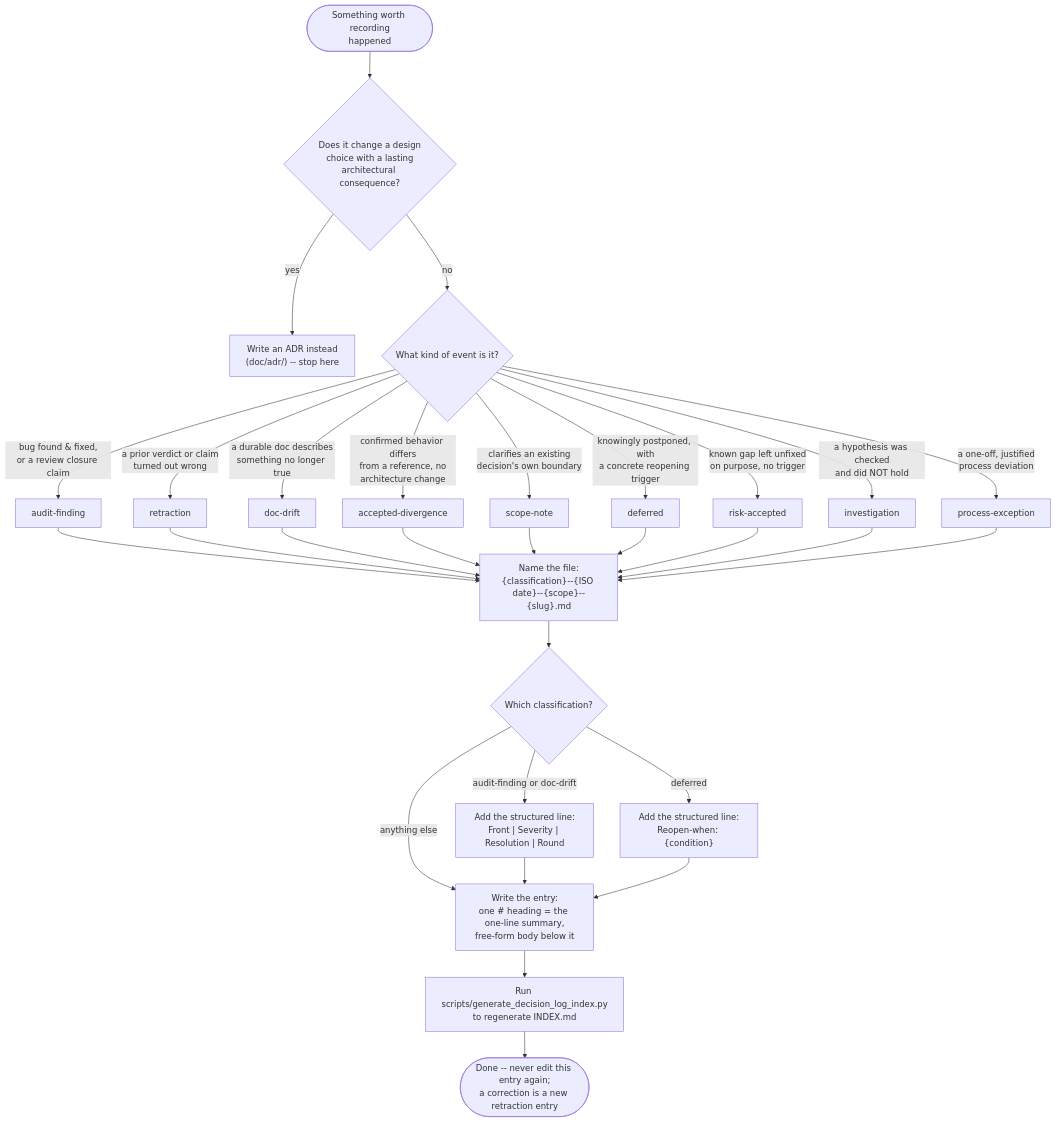
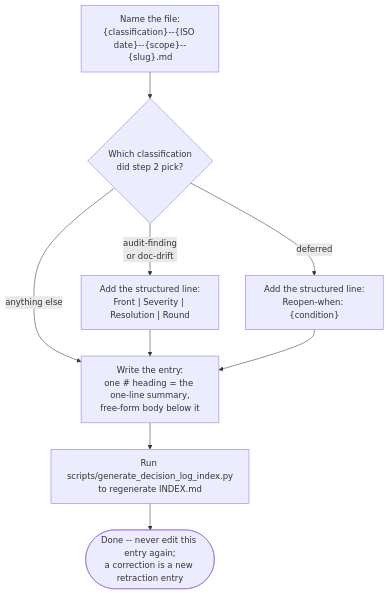
Before and after one commit to FRACerqueira/adrpy-ai: the diagram in doc/decision-log-workflow.md, drawn with Mermaid. The commit also changed other lines of this file, not shown here.

Commit message:
Split the decision-log-workflow diagram into a table + a smaller diagram
The single flowchart tried to draw the 9-way classification branch as
part of the same diagram as the triage question and the file/write
mechanics -- dense and hard to scan. Split into: Step 1 (prose triage,
unchanged), Step 2 (a classification lookup table -- a fan-out of 9
options is a lookup, not a flow, so a table reads better), Step 3 (a
small, linear diagram for naming/structuring/writing/regenerating the
index). Content is unchanged, only the presentation.

````diff
--- a/doc/decision-log-workflow.md
+++ b/doc/decision-log-workflow.md
@@ -33,36 +56,12 @@
 ```mermaid
 graph TD
-    START(["Something worth recording<br/>happened"]) --> Q1{"Does it change a design<br/>choice with a lasting<br/>architectural consequence?"}
-    Q1 -->|yes| ADR["Write an ADR instead<br/>(doc/adr/) -- stop here"]
-    Q1 -->|no| Q2{"What kind of event is it?"}
-
-    Q2 -->|"bug found & fixed,<br/>or a review closure claim"| AF["audit-finding"]
-    Q2 -->|"a prior verdict or claim<br/>turned out wrong"| RT["retraction"]
-    Q2 -->|"a durable doc describes<br/>something no longer true"| DD["doc-drift"]
-    Q2 -->|"confirmed behavior differs<br/>from a reference, no<br/>architecture change"| ADIV["accepted-divergence"]
-    Q2 -->|"clarifies an existing<br/>decision's own boundary"| SN["scope-note"]
-    Q2 -->|"knowingly postponed, with<br/>a concrete reopening trigger"| DEF["deferred"]
-    Q2 -->|"known gap left unfixed<br/>on purpose, no trigger"| RA["risk-accepted"]
-    Q2 -->|"a hypothesis was checked<br/>and did NOT hold"| INV["investigation"]
-    Q2 -->|"a one-off, justified<br/>process deviation"| PE["process-exception"]
-
-    AF --> NAME
-    RT --> NAME
-    DD --> NAME
-    ADIV --> NAME
-    SN --> NAME
-    DEF --> NAME
-    RA --> NAME
-    INV --> NAME
-    PE --> NAME
-
-    NAME["Name the file:<br/>{classification}--{ISO date}--{scope}--{slug}.md"] --> STRUCT{"Which classification?"}
-    STRUCT -->|"audit-finding or doc-drift"| LINE1["Add the structured line:<br/>Front | Severity | Resolution | Round"]
+    NAME["Name the file:<br/>{classification}--{ISO date}--{scope}--{slug}.md"] --> STRUCT{"Which classification<br/>did step 2 pick?"}
+    STRUCT -->|"audit-finding<br/>or doc-drift"| LINE1["Add the structured line:<br/>Front | Severity | Resolution | Round"]
     STRUCT -->|deferred| LINE2["Add the structured line:<br/>Reopen-when: {condition}"]
     STRUCT -->|"anything else"| WRITE
     LINE1 --> WRITE
     LINE2 --> WRITE
 
     WRITE["Write the entry:<br/>one # heading = the one-line summary,<br/>free-form body below it"] --> REGEN["Run scripts/generate_decision_log_index.py<br/>to regenerate INDEX.md"]
     REGEN --> DONE(["Done -- never edit this entry again;<br/>a correction is a new retraction entry"])
 ```
````
